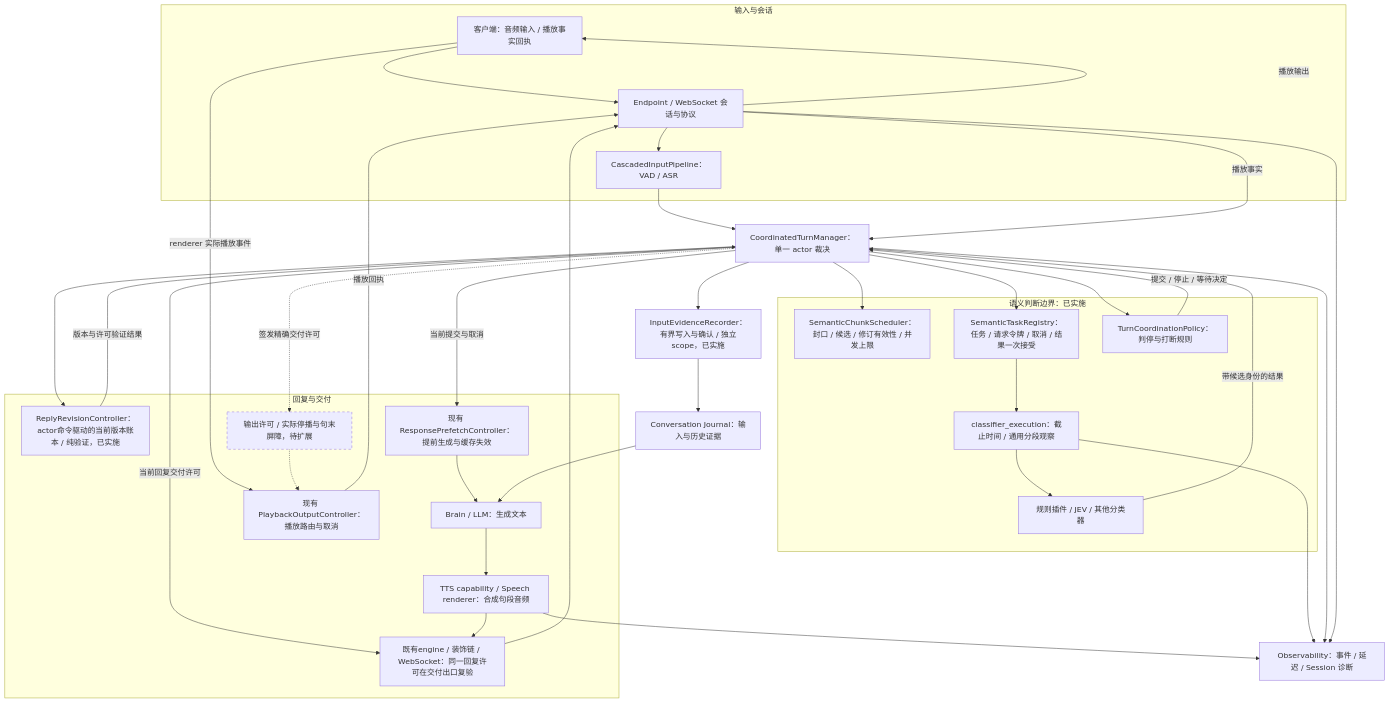
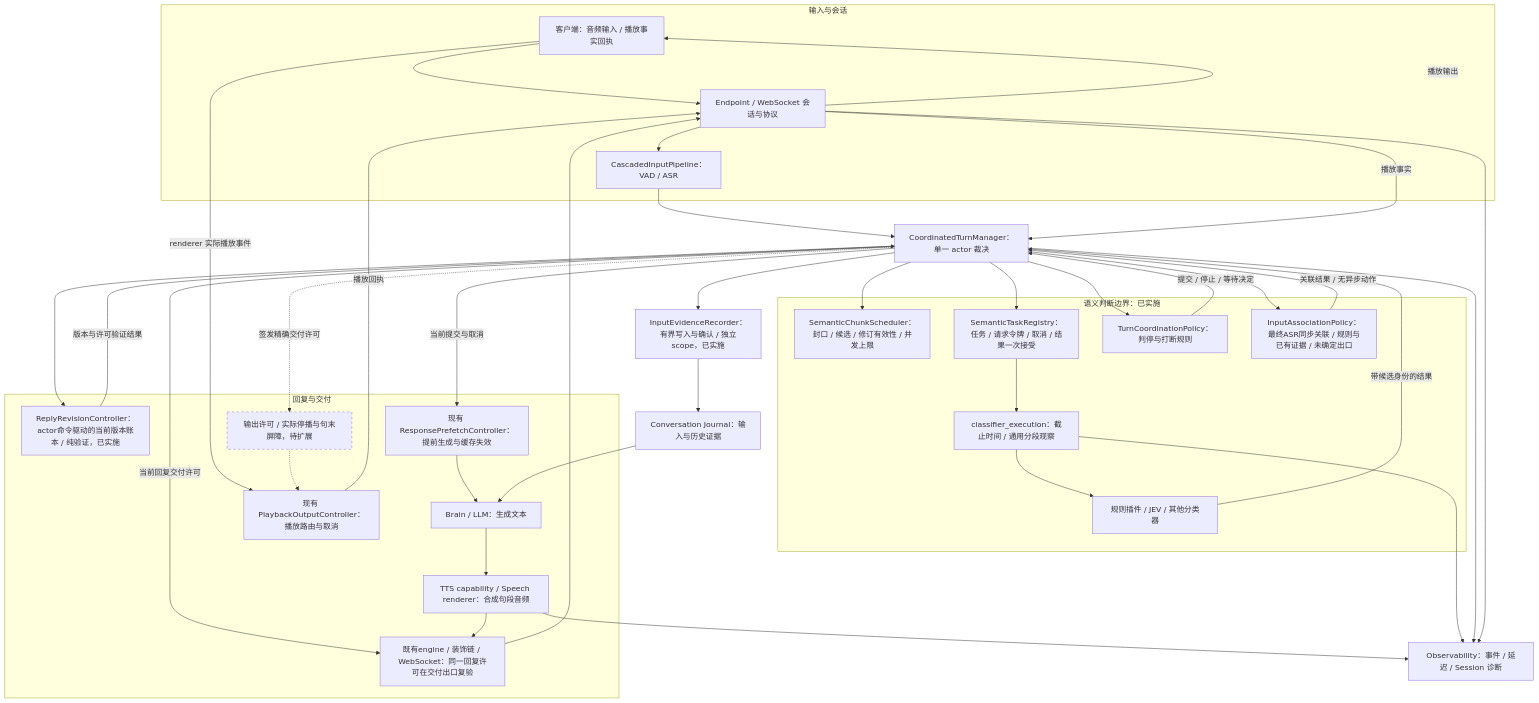
Before and after one commit to happy-token/OpenRealtime: the diagram in docs/design/2026-10-05-voice-framework-boundaries.md, drawn with Mermaid. The commit also changed other lines of this file and 20 other files, not shown here.

````diff
--- a/docs/design/2026-10-05-voice-framework-boundaries.md
+++ b/docs/design/2026-10-05-voice-framework-boundaries.md
@@ -7,54 +7,57 @@
 ```mermaid
 flowchart TB
  subgraph Ingress[输入与会话]
   Client[客户端：音频输入 / 播放事实回执]
   Transport[Endpoint / WebSocket 会话与协议]
   Input[CascadedInputPipeline：VAD / ASR]
  end
  Client --> Transport --> Input
  Input --> Actor[CoordinatedTurnManager：单一 actor 裁决]
  subgraph Semantic[语义判断边界：已实施]
   Chunk[SemanticChunkScheduler：封口 / 候选 / 修订有效性 / 并发上限]
   Tasks[SemanticTaskRegistry：任务 / 请求令牌 / 取消 / 结果一次接受]
   Exec[classifier_execution：截止时间 / 通用分段观察]
   Policy[TurnCoordinationPolicy：判停与打断规则]
+  Association[InputAssociationPolicy：最终ASR同步关联 / 规则与已有证据 / 未确定出口]
   Plugins[规则插件 / JEV / 其他分类器]
  end
  Actor --> Chunk
  Actor --> Tasks
  Tasks --> Exec --> Plugins
  Plugins -->|带候选身份的结果| Actor
  Actor --> Policy
+ Actor --> Association
+ Association -->|关联结果 / 无异步动作| Actor
  Policy -->|提交 / 停止 / 等待决定| Actor
  subgraph Reply[回复与交付]
   Revision[ReplyRevisionController：actor命令驱动的当前版本账本 / 纯验证，已实施]
   Prefetch[现有 ResponsePrefetchController：提前生成与缓存失效]
   Brain[Brain / LLM：生成文本]
   Speech[TTS capability / Speech renderer：合成句段音频]
   Output[现有 PlaybackOutputController：播放路由与取消]
   Sentence[输出许可 / 实际停播与句末屏障，待扩展]
   Gate[既有engine / 装饰链 / WebSocket：同一回复许可在交付出口复验]
  end
  Actor -->|当前提交与取消| Prefetch --> Brain --> Speech
  Transport -->|播放输出| Client
  Client -->|renderer 实际播放事件| Output
  Output -->|播放回执| Transport
  Transport -->|播放事实| Actor
  Actor --> Revision
  Revision -->|版本与许可验证结果| Actor
  Actor -->|当前回复交付许可| Gate
  Speech --> Gate --> Transport
  Actor -.->|签发精确交付许可| Sentence
  Sentence -.-> Output
  Journal[Conversation Journal：输入与历史证据]
  Evidence[InputEvidenceRecorder：有界写入与确认 / 独立scope，已实施]
  Actor --> Evidence --> Journal
  Journal --> Brain
  Obs[Observability：事件 / 延迟 / Session 诊断]
  Exec --> Obs
  Actor --> Obs
  Speech --> Obs
  Transport --> Obs
  classDef planned stroke-dasharray: 5 5
  class Sentence planned
 ```
````
